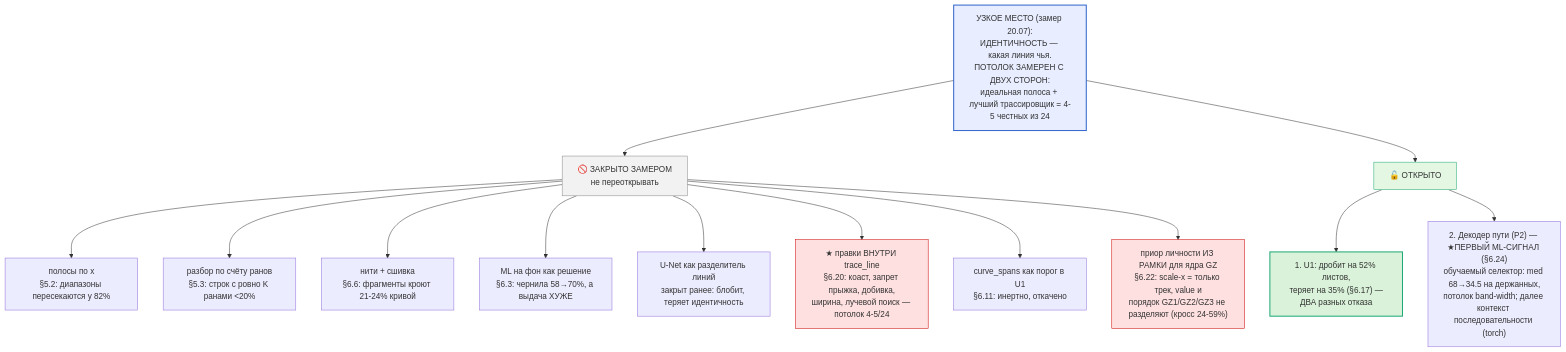
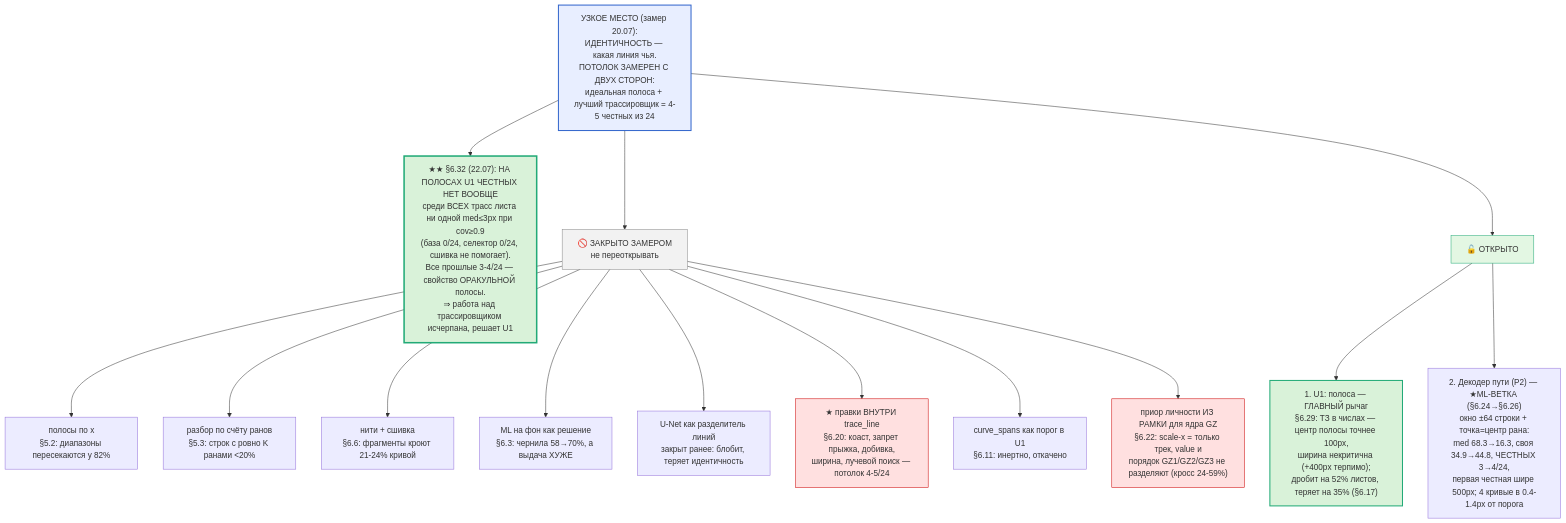
The third of 4 diagrams in ROADMAP_RECOGNITION.md (Defou1t/CarrotageAuto), drawn with Mermaid before and after one commit. The commit also changed other lines of this file and 3 other files, not shown here.

````diff
--- a/ROADMAP_RECOGNITION.md
+++ b/ROADMAP_RECOGNITION.md
@@ -53,27 +53,29 @@
 ```mermaid
 flowchart TB
     ROOT["УЗКОЕ МЕСТО (замер 20.07):<br/>ИДЕНТИЧНОСТЬ — какая линия чья.<br/>ПОТОЛОК ЗАМЕРЕН С ДВУХ СТОРОН:<br/>идеальная полоса + лучший трассировщик = 4-5 честных из 24"]
 
+    ROOT --> NEW["★★ §6.32 (22.07): НА ПОЛОСАХ U1 ЧЕСТНЫХ НЕТ ВООБЩЕ<br/>среди ВСЕХ трасс листа ни одной med≤3px при cov≥0.9<br/>(база 0/24, селектор 0/24, сшивка не помогает).<br/>Все прошлые 3-4/24 — свойство ОРАКУЛЬНОЙ полосы.<br/>⇒ работа над трассировщиком исчерпана, решает U1"]
     ROOT --> CLOSED["🚫 ЗАКРЫТО ЗАМЕРОМ<br/>не переоткрывать"]
     ROOT --> OPEN["🔓 ОТКРЫТО"]
 
     CLOSED --> C1["полосы по x<br/>§5.2: диапазоны пересекаются у 82%"]
     CLOSED --> C2["разбор по счёту ранов<br/>§5.3: строк с ровно K ранами <20%"]
     CLOSED --> C3["нити + сшивка<br/>§6.6: фрагменты кроют 21-24% кривой"]
     CLOSED --> C4["ML на фон как решение<br/>§6.3: чернила 58→70%, а выдача ХУЖЕ"]
     CLOSED --> C5["U-Net как разделитель линий<br/>закрыт ранее: блобит, теряет идентичность"]
     CLOSED --> C6["★ правки ВНУТРИ trace_line<br/>§6.20: коаст, запрет прыжка, добивка,<br/>ширина, лучевой поиск — потолок 4-5/24"]
     CLOSED --> C7["curve_spans как порог в U1<br/>§6.11: инертно, откачено"]
 
     CLOSED --> C8["приор личности ИЗ РАМКИ для ядра GZ<br/>§6.22: scale-x = только трек, value и<br/>порядок GZ1/GZ2/GZ3 не разделяют (кросс 24-59%)"]
 
-    OPEN --> O2["1. U1: дробит на 52% листов,<br/>теряет на 35% (§6.17) —<br/>ДВА разных отказа"]
-    OPEN --> O3["2. Декодер пути (P2) — ★ПЕРВЫЙ ML-СИГНАЛ (§6.24)<br/>обучаемый селектор: med 68→34.5 на держанных,<br/>потолок band-width; далее контекст последовательности (torch)"]
+    OPEN --> O2["1. U1: полоса — ГЛАВНЫЙ рычаг<br/>§6.29: ТЗ в числах — центр полосы точнее 100px,<br/>ширина некритична (+400px терпимо);<br/>дробит на 52% листов, теряет на 35% (§6.17)"]
+    OPEN --> O3["2. Декодер пути (P2) — ★ML-ВЕТКА (§6.24→§6.26)<br/>окно ±64 строки + точка=центр рана:<br/>med 68.3→16.3, своя 34.9→44.8, ЧЕСТНЫХ 3→4/24,<br/>первая честная шире 500px; 4 кривые в 0.4-1.4px от порога"]
 
+    style NEW fill:#d9f2d9,stroke:#2a7,stroke-width:3px
     style ROOT fill:#e8eeff,stroke:#36c,stroke-width:2px
     style CLOSED fill:#f2f2f2,stroke:#888
     style OPEN fill:#e3f7e3,stroke:#2a7
     style C6 fill:#ffe0e0,stroke:#c00
     style C8 fill:#ffe0e0,stroke:#c00
     style O2 fill:#d9f2d9,stroke:#2a7,stroke-width:2px
 ```
````
